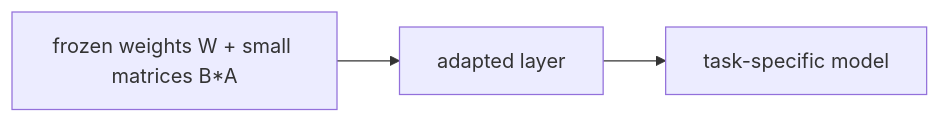
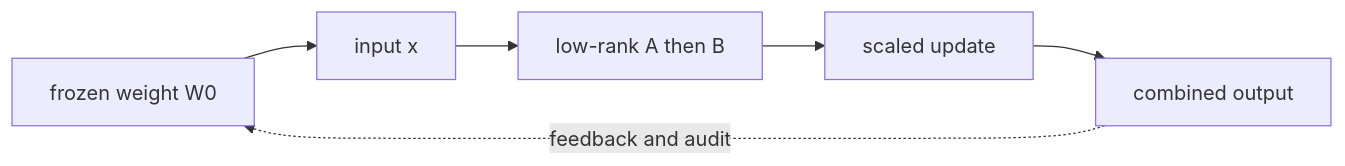
Before and after one commit to niyama-admin/learning-lab: the first of 2 diagrams in llm-learning-repository/tutorials/02-building/09-lora.md, drawn with Mermaid. The commit also changed other lines of this file and 24 other files, not shown here.

````diff
--- a/llm-learning-repository/tutorials/02-building/09-lora.md
+++ b/llm-learning-repository/tutorials/02-building/09-lora.md
@@ -9,5 +22,8 @@
 ```mermaid
 flowchart LR
-  A["frozen weights W + small matrices B*A"] --> B["adapted layer"]
-  B["adapted layer"] --> C["task-specific model"]
+  A["frozen weight W0"] --> B["input x"]
+  B --> C["low-rank A then B"]
+  C --> D["scaled update"]
+  D --> E["combined output"]
+  E -. feedback and audit .-> A
 ```
````
